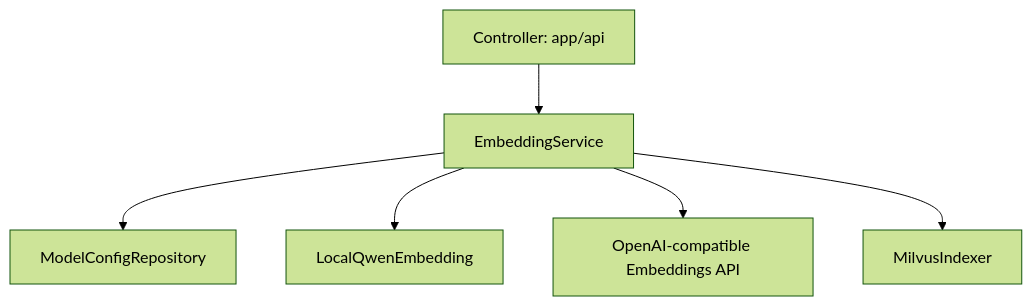
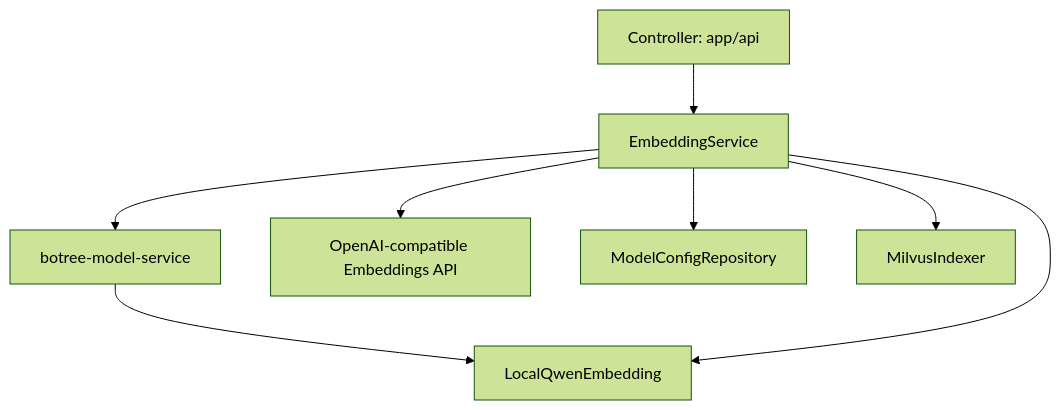
One commit to LiuSkill/Botree-Knowledge-OS changed the diagram in backend/app/services/README.md. Above: the diagram before and after it, drawn with Mermaid (forest theme). The commit also changed other lines of this file and 21 other files, not shown here.

Commit message:
feat: add standalone model service

````diff
--- a/backend/app/services/README.md
+++ b/backend/app/services/README.md
@@ -15,15 +15,18 @@
 ```mermaid
 flowchart TD
     Controller["Controller: app/api"]
     Service["EmbeddingService"]
+    ModelSvc["botree-model-service"]
     Local["LocalQwenEmbedding"]
     Remote["OpenAI-compatible Embeddings API"]
     Repository["ModelConfigRepository"]
     Milvus["MilvusIndexer"]
 
     Controller --> Service
     Service --> Repository
+    Service --> ModelSvc
+    ModelSvc --> Local
     Service --> Local
     Service --> Remote
     Service --> Milvus
 ```
````
